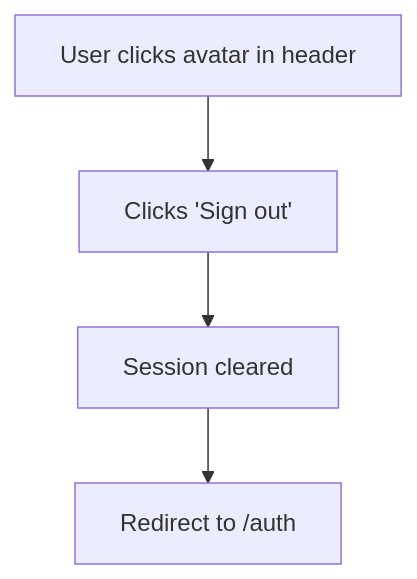
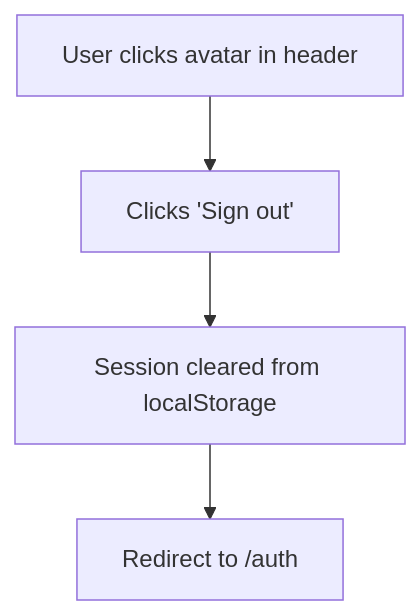
Before and after one commit to PrakritOjha/flowlink-tasks: the third of 31 diagrams in userflow.md, drawn with Mermaid. The commit also changed other lines of this file and 4 other files, not shown here.

First line of the commit message:
feat: Update user flow documentation with detailed steps for account creation, sign in, and board management

````diff
--- a/userflow.md
+++ b/userflow.md
@@ -40,6 +41,6 @@
 ```mermaid
 flowchart TD
     A[User clicks avatar in header] --> B[Clicks 'Sign out']
-    B --> C[Session cleared]
+    B --> C[Session cleared from localStorage]
     C --> D[Redirect to /auth]
 ```
````
